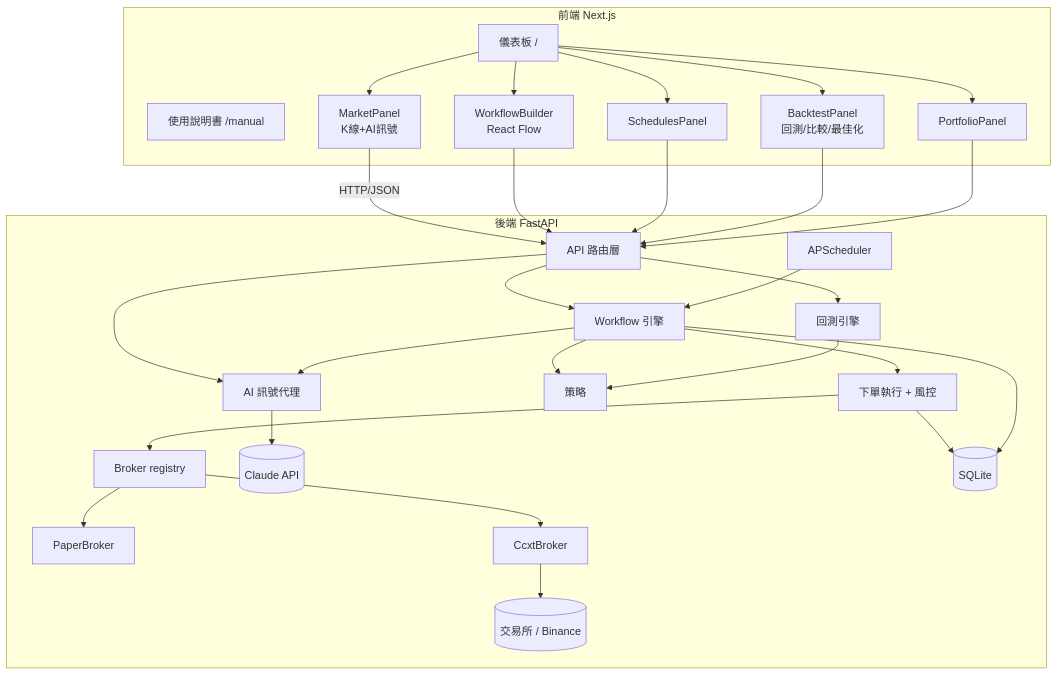
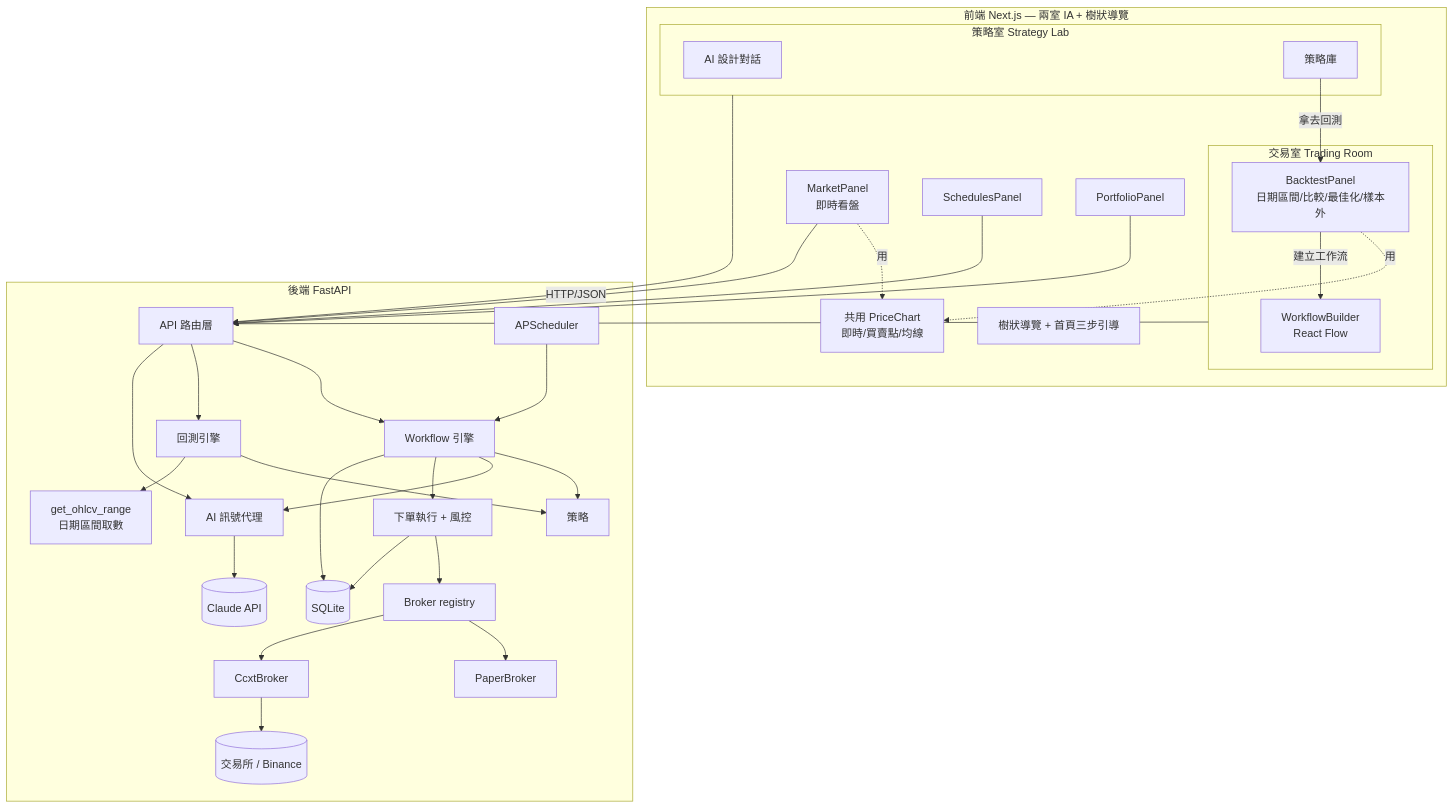
One commit to b5336789/ai-trade-flow-platform changed the first of 4 diagrams in frontend/content/docs/architecture.md. Above: the diagram before and after it, drawn with Mermaid. The commit also changed other lines of this file and 1 other file, not shown here.

Commit message:
docs(architecture): refresh overview diagram for the two-room frontend
The overview Mermaid diagram's frontend half predated the overhaul (and even
strategy-lab): it modeled a dashboard hub and omitted 策略室, the two-room IA,
the shared PriceChart, and the strategy→backtest→workflow linking. Redraw the
frontend subgraph to match reality + note the backend get_ohlcv_range path.
Backend subgraph, workflow-sequence, and data-model diagrams were verified
accurate and left unchanged; the other docs' 9 diagrams audited as accurate.

````diff
--- a/frontend/content/docs/architecture.md
+++ b/frontend/content/docs/architecture.md
@@ -9,37 +13,48 @@
 ```mermaid
 flowchart TB
-    subgraph FE[前端 Next.js]
-        DASH[儀表板 /]
-        MAN[使用說明書 /manual]
-        DASH --> MK[MarketPanel<br/>K線+AI訊號]
-        DASH --> WB[WorkflowBuilder<br/>React Flow]
-        DASH --> SC[SchedulesPanel]
-        DASH --> BTP[BacktestPanel<br/>回測/比較/最佳化]
-        DASH --> PF[PortfolioPanel]
+    subgraph FE[前端 Next.js — 兩室 IA + 樹狀導覽]
+        NAV[樹狀導覽 + 首頁三步引導]
+        subgraph SL[策略室 Strategy Lab]
+            DC[AI 設計對話]
+            LIB[策略庫]
+        end
+        subgraph TR[交易室 Trading Room]
+            BTP[BacktestPanel<br/>日期區間/比較/最佳化/樣本外]
+            WB[WorkflowBuilder<br/>React Flow]
+        end
+        MK[MarketPanel<br/>即時看盤]
+        SC[SchedulesPanel]
+        PF[PortfolioPanel]
+        PC[共用 PriceChart<br/>即時/買賣點/均線]
+        MK -.用.-> PC
+        BTP -.用.-> PC
+        LIB -->|拿去回測| BTP
+        BTP -->|建立工作流| WB
     end
 
     subgraph BE[後端 FastAPI]
         API[API 路由層]
         API --> WFE[Workflow 引擎]
         API --> BTE[回測引擎]
         API --> AISIG[AI 訊號代理]
         SCHED[APScheduler] --> WFE
         WFE --> STRAT[策略]
         WFE --> AISIG
         WFE --> EXEC[下單執行 + 風控]
         EXEC --> REG[Broker registry]
         BTE --> STRAT
+        BTE --> RANGE[get_ohlcv_range<br/>日期區間取數]
         AISIG --> CLAUDE[(Claude API)]
         REG --> PAPER[PaperBroker]
         REG --> CCXT[CcxtBroker]
         CCXT --> EXG[(交易所 / Binance)]
         EXEC --> DB[(SQLite)]
         WFE --> DB
     end
 
-    MK -->|HTTP/JSON| API
-    WB --> API
+    SL -->|HTTP/JSON| API
+    TR --> API
+    MK --> API
     SC --> API
-    BTP --> API
     PF --> API
 ```
````
